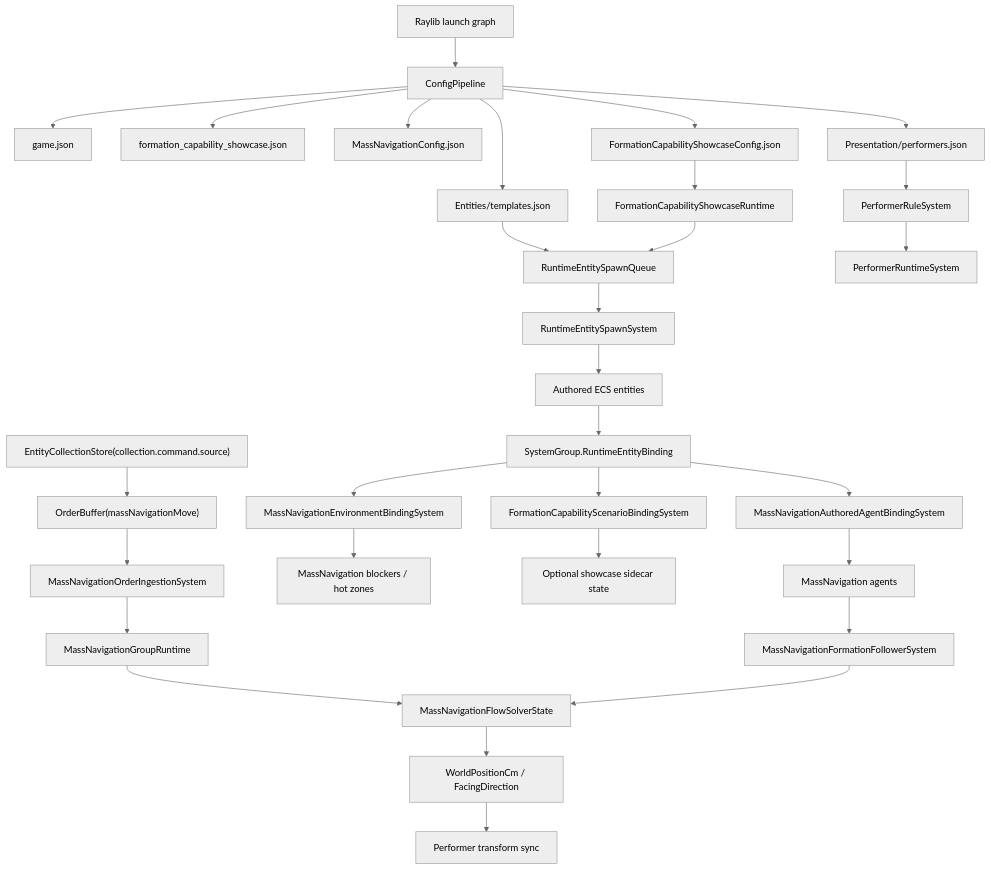
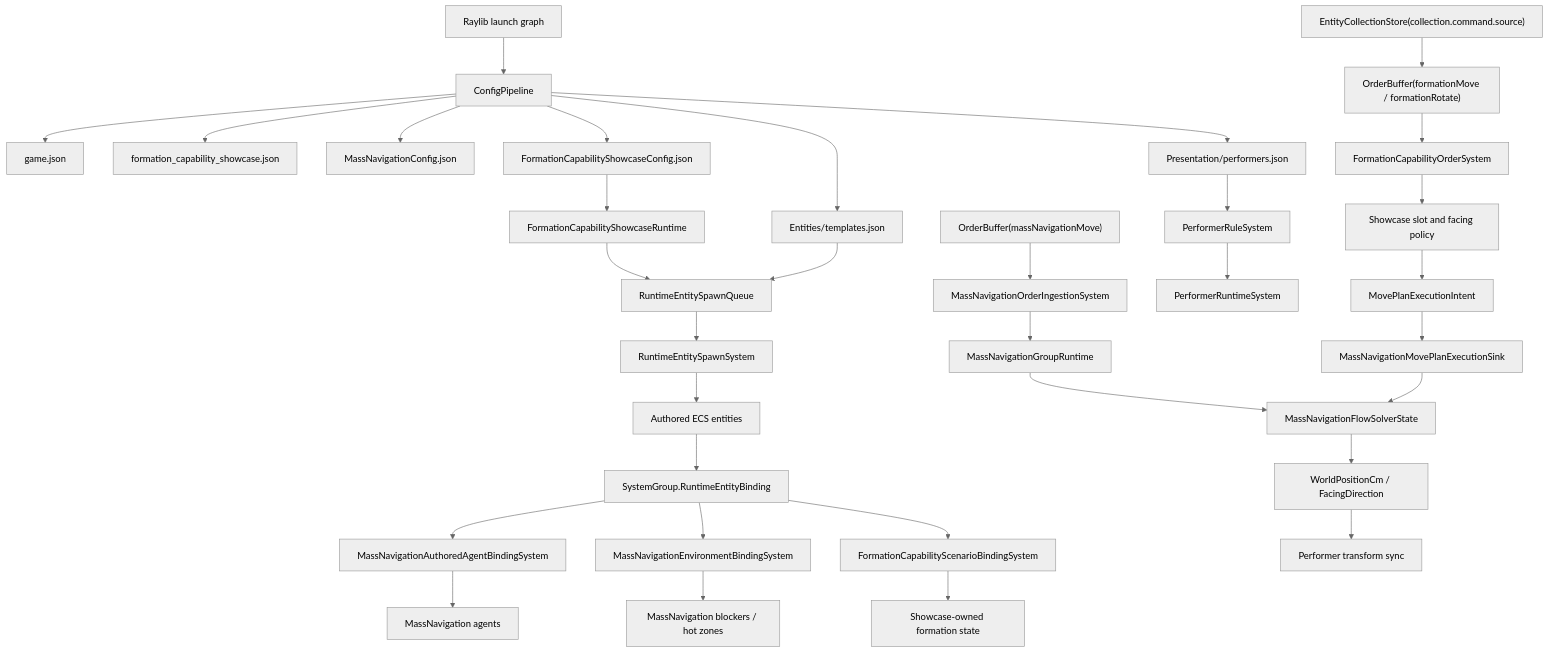
Before and after one commit to MightyBubble/Ludots: the first of 2 diagrams in gitbook/reference/mass-navigation-formal-chain.md, drawn with Mermaid (neutral theme). The commit also changed other lines of this file and 57 other files, not shown here.

Commit message:
refactor(formation): return capability ownership to showcase

````diff
--- a/gitbook/reference/mass-navigation-formal-chain.md
+++ b/gitbook/reference/mass-navigation-formal-chain.md
@@ -25,35 +25,39 @@
 ```mermaid
 flowchart TD
     Launch["Raylib launch graph"] --> Config["ConfigPipeline"]
     Config --> GameJson["game.json"]
     Config --> Map["formation_capability_showcase.json"]
     Config --> NavConfig["MassNavigationConfig.json"]
     Config --> ShowcaseConfig["FormationCapabilityShowcaseConfig.json"]
     Config --> Templates["Entities/templates.json"]
     Config --> Performers["Presentation/performers.json"]
 
     ShowcaseConfig --> Runtime["FormationCapabilityShowcaseRuntime"]
     Templates --> SpawnQueue["RuntimeEntitySpawnQueue"]
     Runtime --> SpawnQueue
     SpawnQueue --> SpawnSystem["RuntimeEntitySpawnSystem"]
     SpawnSystem --> World["Authored ECS entities"]
     World --> BindingGroup["SystemGroup.RuntimeEntityBinding"]
     BindingGroup --> AgentBinding["MassNavigationAuthoredAgentBindingSystem"]
     BindingGroup --> EnvBinding["MassNavigationEnvironmentBindingSystem"]
     BindingGroup --> ShowcaseBinding["FormationCapabilityScenarioBindingSystem"]
 
     AgentBinding --> Agents["MassNavigation agents"]
     EnvBinding --> Obstacles["MassNavigation blockers / hot zones"]
-    ShowcaseBinding --> Formations["Optional showcase sidecar state"]
-    Agents --> FollowerSync["MassNavigationFormationFollowerSystem"]
+    ShowcaseBinding --> Formations["Showcase-owned formation state"]
 
-    CommandSource["EntityCollectionStore(collection.command.source)"] --> Orders["OrderBuffer(massNavigationMove)"]
-    Orders --> Ingestion["MassNavigationOrderIngestionSystem"]
+    GenericOrders["OrderBuffer(massNavigationMove)"] --> Ingestion["MassNavigationOrderIngestionSystem"]
     Ingestion --> Groups["MassNavigationGroupRuntime"]
     Groups --> Solver["MassNavigationFlowSolverState"]
-    FollowerSync --> Solver
+
+    CommandSource["EntityCollectionStore(collection.command.source)"] --> FormationOrders["OrderBuffer(formationMove / formationRotate)"]
+    FormationOrders --> FormationOrderSystem["FormationCapabilityOrderSystem"]
+    FormationOrderSystem --> FormationTargets["Showcase slot and facing policy"]
+    FormationTargets --> Intent["MovePlanExecutionIntent"]
+    Intent --> Sink["MassNavigationMovePlanExecutionSink"]
+    Sink --> Solver
     Solver --> EcsState["WorldPositionCm / FacingDirection"]
     EcsState --> PerformerSync["Performer transform sync"]
     Performers --> PerformerRules["PerformerRuleSystem"]
     PerformerRules --> PerformerRuntime["PerformerRuntimeSystem"]
 ```
````
